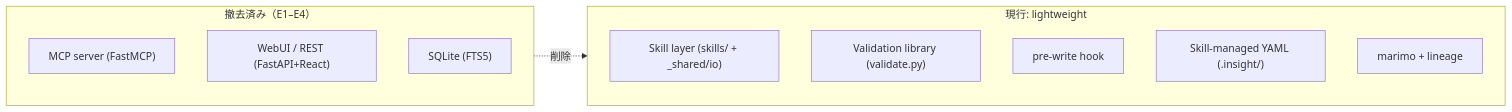
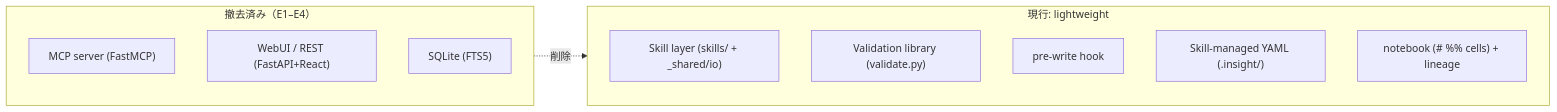
Before and after one commit to etoyama/insight-blueprint-skills: the first of 6 diagrams in docs/ARCHITECTURE.md, drawn with Mermaid. The commit also changed other lines of this file and 26 other files, not shown here.

First line of the commit message:
[Epic 30] notebook を # %% で区切る素の Python にし、marimo を外す (#205)

````diff
--- a/docs/ARCHITECTURE.md
+++ b/docs/ARCHITECTURE.md
@@ -24,16 +24,16 @@
 ```mermaid
 flowchart LR
     subgraph REMOVED["撤去済み（E1–E4）"]
         mcp["MCP server (FastMCP)"]
         web["WebUI / REST (FastAPI+React)"]
         sql["SQLite (FTS5)"]
     end
     subgraph LIGHT["現行: lightweight"]
         skills["Skill layer (skills/ + _shared/io)"]
         validate["Validation library (validate.py)"]
         hook["pre-write hook"]
         yaml["Skill-managed YAML (.insight/)"]
-        marimo["marimo + lineage"]
+        notebook["notebook (# %% cells) + lineage"]
     end
     REMOVED -.->|削除| LIGHT
 ```
````
